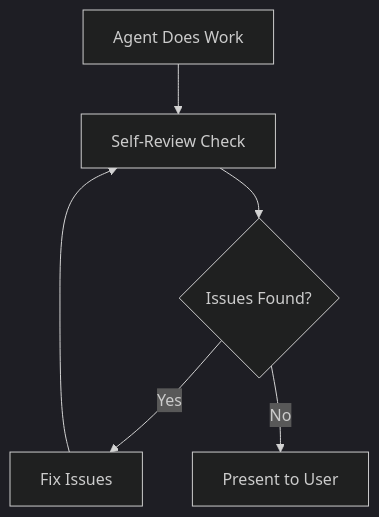
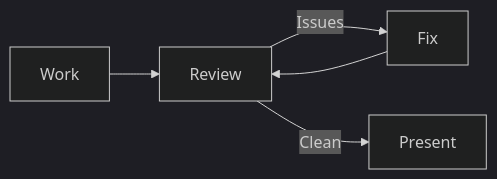
The diagram in docs/patterns/self-review-reflection.md (ambient-code/reference), drawn with Mermaid (dark theme) before and after one commit. The commit also changed 8 other files, not shown here.

First line of the commit message:
docs: simplify mermaid diagrams for visual clarity (#17)

````diff
--- a/docs/patterns/self-review-reflection.md
+++ b/docs/patterns/self-review-reflection.md
@@ -38,8 +38,7 @@
 ```mermaid
-flowchart TD
-    A[Agent Does Work] --> B[Self-Review Check]
-    B --> C{Issues Found?}
-    C -->|Yes| D[Fix Issues]
-    D --> B
-    C -->|No| E[Present to User]
+flowchart LR
+    A[Work] --> B[Review]
+    B -->|Issues| C[Fix]
+    C --> B
+    B -->|Clean| D[Present]
 ```
````
